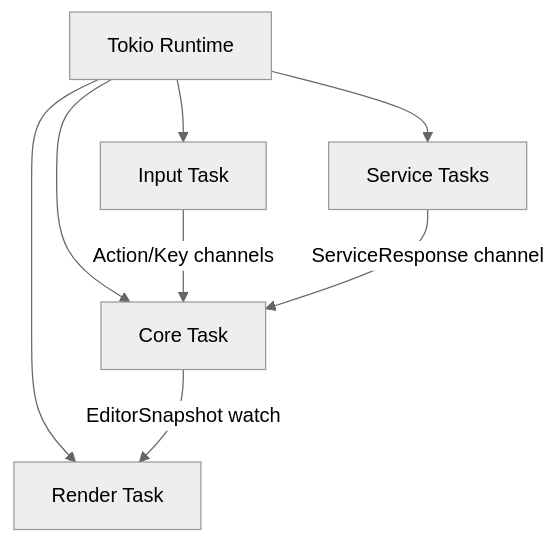
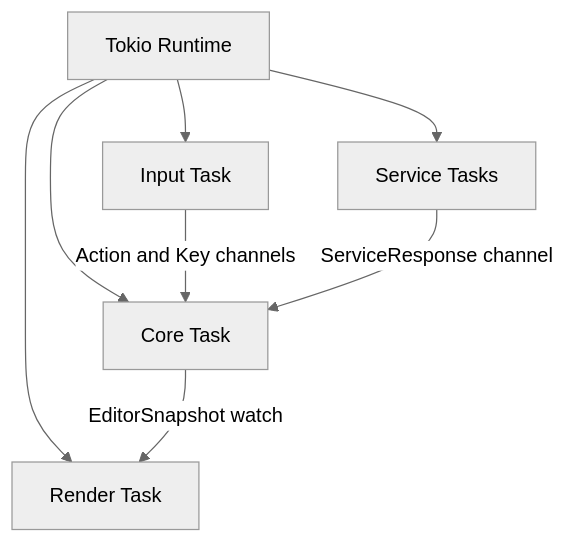
One commit to lkjsxc/kjxlkj changed the diagram in docs/spec/architecture/README.md. Above: the diagram before and after it, drawn with Mermaid (neutral theme). The commit also changed other lines of this file and 12 other files, not shown here.

````diff
--- a/docs/spec/architecture/README.md
+++ b/docs/spec/architecture/README.md
@@ -19,12 +20,12 @@
 ```mermaid
 graph TD
   RT[Tokio Runtime]
   RT --> CORE[Core Task]
   RT --> INPUT[Input Task]
   RT --> RENDER[Render Task]
   RT --> SVC[Service Tasks]
 
-  INPUT -->|Action/Key channels| CORE
+  INPUT -->|Action and Key channels| CORE
   SVC -->|ServiceResponse channel| CORE
   CORE -->|EditorSnapshot watch| RENDER
 ```
````
